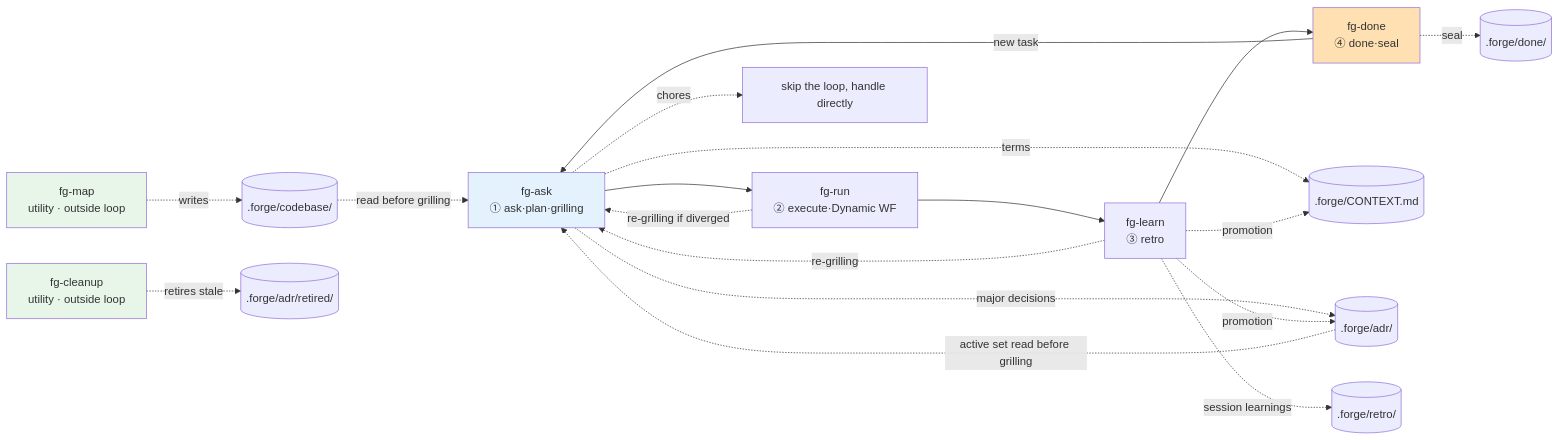
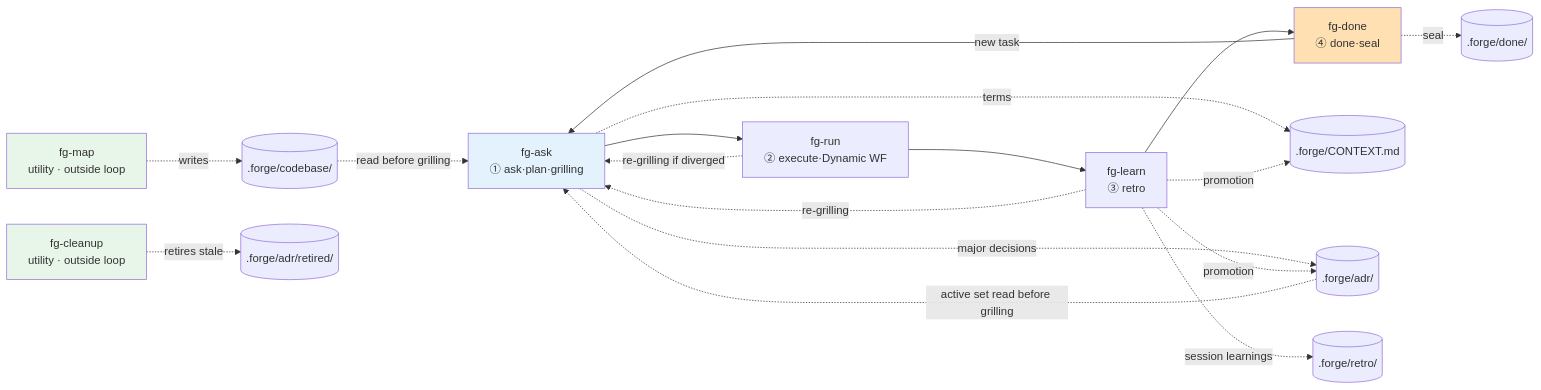
Before and after one commit to gyuha/forge: the diagram in README.md, drawn with Mermaid. The commit also changed other lines of this file and 8 other files, not shown here.

````diff
--- a/README.md
+++ b/README.md
@@ -39,24 +39,23 @@
 ```mermaid
 flowchart LR
     A[fg-ask<br/>① ask·plan·grilling] --> E[fg-run<br/>② execute·Dynamic WF]
     E --> L[fg-learn<br/>③ retro]
     L --> C[fg-done<br/>④ done·seal]
     E -.re-grilling if diverged.-> A
     L -.re-grilling.-> A
     C -->|new task| A
-    A -.chores.-> X[skip the loop, handle directly]
     A -.terms.-> CTX[(.forge/CONTEXT.md)]
     A -.major decisions.-> ADR[(.forge/adr/)]
     L -.promotion.-> CTX
     L -.promotion.-> ADR
     L -.session learnings.-> RETRO[(.forge/retro/)]
     C -.seal.-> DONE[(.forge/done/)]
     MAP[fg-map<br/>utility · outside loop] -.writes.-> CB[(.forge/codebase/)]
     CB -.read before grilling.-> A
     CLEAN[fg-cleanup<br/>utility · outside loop] -.retires stale.-> ADRRET[(.forge/adr/retired/)]
     ADR -.active set read before grilling.-> A
     style A fill:#e3f2fd
     style C fill:#ffe0b2
     style MAP fill:#e8f5e9
     style CLEAN fill:#e8f5e9
 ```
````
